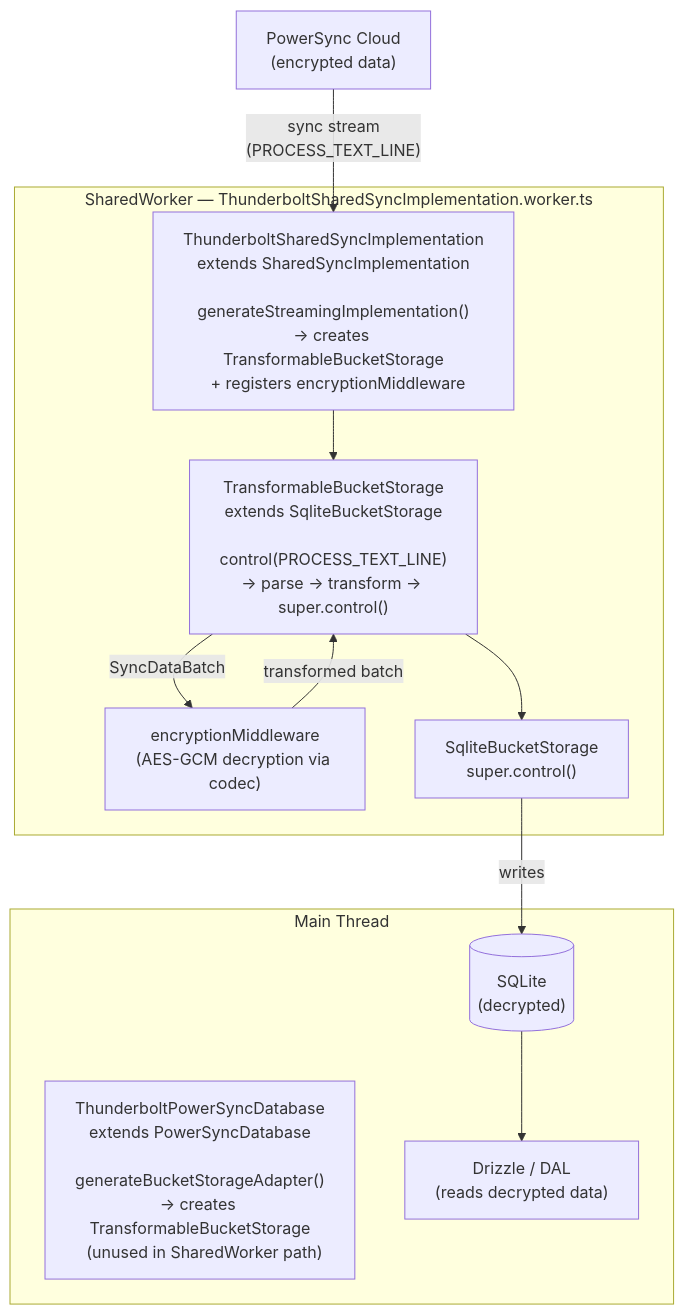
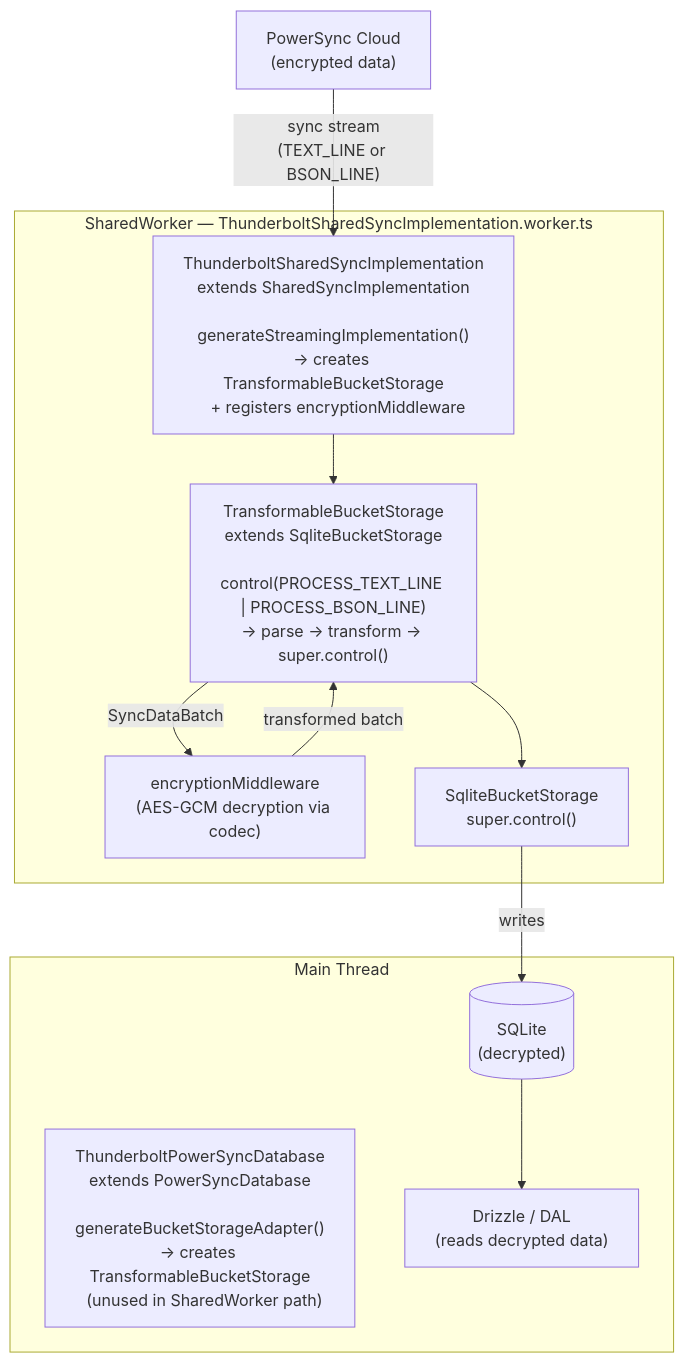
Before and after one commit to thunderbird/thunderbolt: the first of 2 diagrams in docs/powersync-sync-middleware.md, drawn with Mermaid. The commit also changed other lines of this file and 1 other file, not shown here.

Commit message:
fix: handle BSON sync payloads in encryption middleware after PowerSync upgrade

````diff
--- a/docs/powersync-sync-middleware.md
+++ b/docs/powersync-sync-middleware.md
@@ -36,25 +36,25 @@
 ```mermaid
 flowchart TD
     Server["PowerSync Cloud<br/>(encrypted data)"]
 
     subgraph MainThread["Main Thread"]
         TPS["ThunderboltPowerSyncDatabase<br/>extends PowerSyncDatabase<br/><br/>generateBucketStorageAdapter()<br/>→ creates TransformableBucketStorage<br/>  (unused in SharedWorker path)"]
         Drizzle["Drizzle / DAL<br/>(reads decrypted data)"]
         SQLite[("SQLite<br/>(decrypted)")]
     end
 
     subgraph SharedWorker["SharedWorker — ThunderboltSharedSyncImplementation.worker.ts"]
         TSSI["ThunderboltSharedSyncImplementation<br/>extends SharedSyncImplementation<br/><br/>generateStreamingImplementation()<br/>→ creates TransformableBucketStorage<br/>  + registers encryptionMiddleware"]
-        TBS["TransformableBucketStorage<br/>extends SqliteBucketStorage<br/><br/>control(PROCESS_TEXT_LINE)<br/>→ parse → transform → super.control()"]
+        TBS["TransformableBucketStorage<br/>extends SqliteBucketStorage<br/><br/>control(PROCESS_TEXT_LINE | PROCESS_BSON_LINE)<br/>→ parse → transform → super.control()"]
         MW["encryptionMiddleware<br/>(AES-GCM decryption via codec)"]
         SBS["SqliteBucketStorage<br/>super.control()"]
     end
 
-    Server -->|"sync stream<br/>(PROCESS_TEXT_LINE)"| TSSI
+    Server -->|"sync stream<br/>(TEXT_LINE or BSON_LINE)"| TSSI
     TSSI --> TBS
     TBS -->|"SyncDataBatch"| MW
     MW -->|"transformed batch"| TBS
     TBS --> SBS
     SBS -->|"writes"| SQLite
     SQLite --> Drizzle
 ```
````
